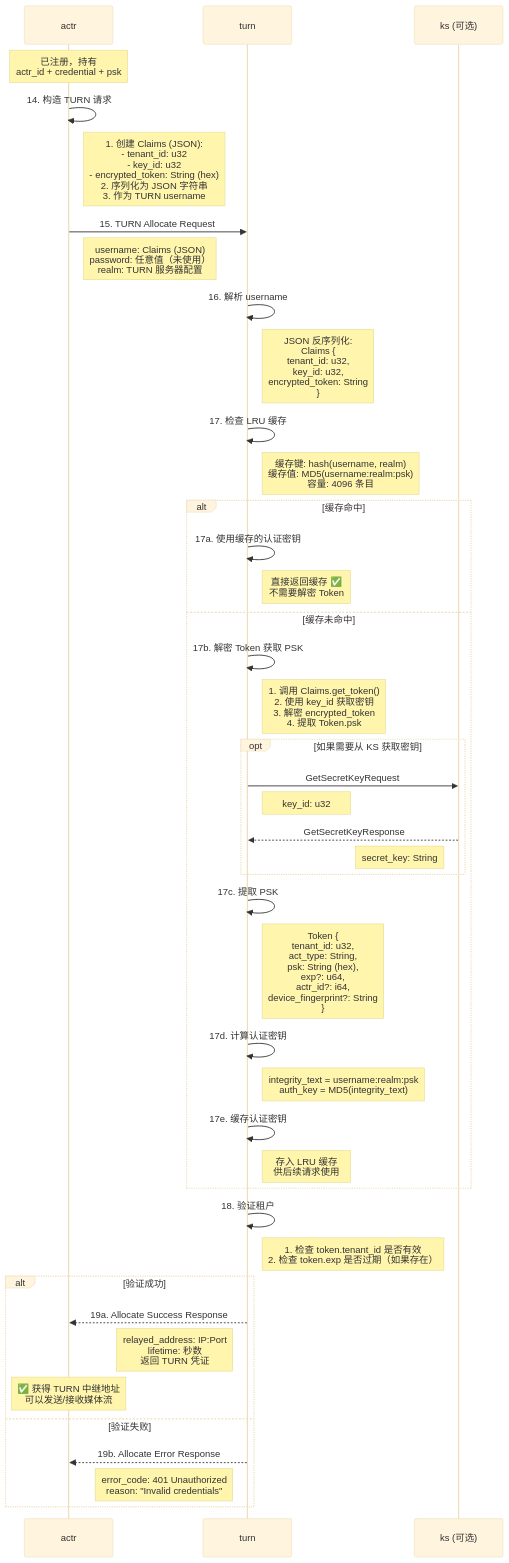
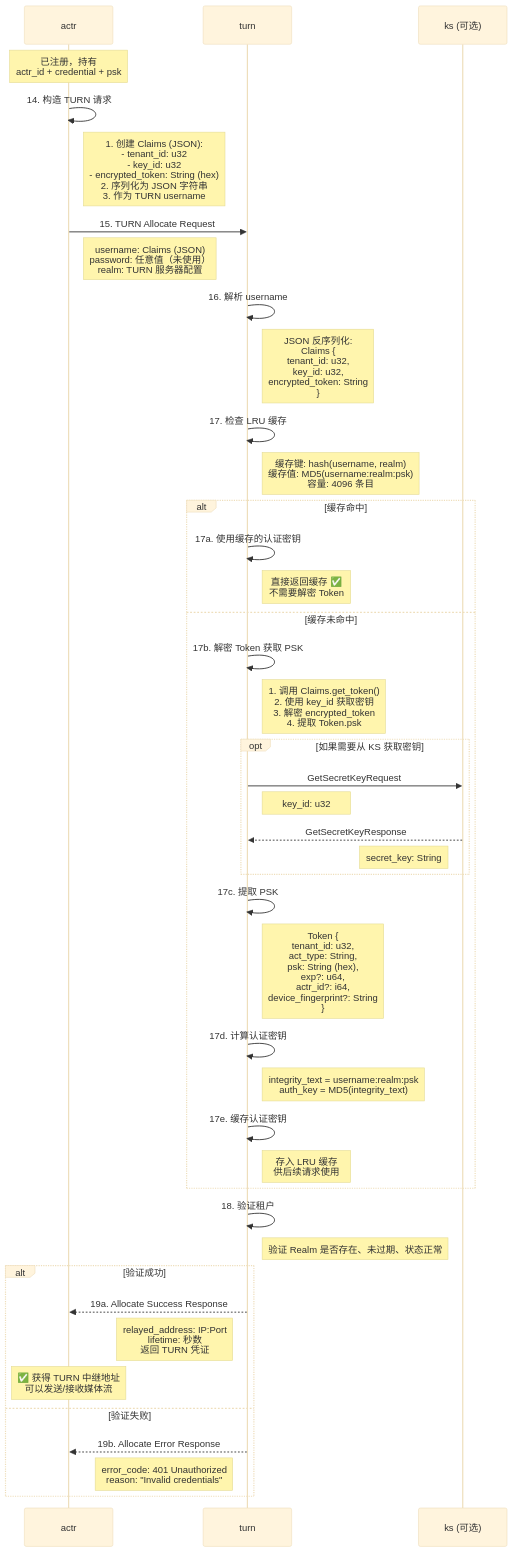
One commit to actor-rtc/actor-rtc.github.io changed the diagram in zh-hans/5.3-turn-authentication.md. Above: the diagram before and after it, drawn with Mermaid (base theme). The commit also changed other lines of this file and 2 other files, not shown here.

Commit message:
fix: realm auth and check

````diff
--- a/zh-hans/5.3-turn-authentication.md
+++ b/zh-hans/5.3-turn-authentication.md
@@ -9,60 +9,60 @@
 ```mermaid
 sequenceDiagram
     participant actr as actr
     participant turn as turn
     participant ks as ks (可选)
 
     Note over actr: 已注册，持有<br/>actr_id + credential + psk
 
     actr->>actr: 14. 构造 TURN 请求
     Note right of actr: 1. 创建 Claims (JSON):<br/>   - tenant_id: u32<br/>   - key_id: u32<br/>   - encrypted_token: String (hex)<br/>2. 序列化为 JSON 字符串<br/>3. 作为 TURN username
 
     actr->>turn: 15. TURN Allocate Request
     Note right of actr: username: Claims (JSON)<br/>password: 任意值（未使用）<br/>realm: TURN 服务器配置
 
     turn->>turn: 16. 解析 username
     Note right of turn: JSON 反序列化:<br/>Claims {<br/>  tenant_id: u32,<br/>  key_id: u32,<br/>  encrypted_token: String<br/>}
 
     turn->>turn: 17. 检查 LRU 缓存
     Note right of turn: 缓存键: hash(username, realm)<br/>缓存值: MD5(username:realm:psk)<br/>容量: 4096 条目
 
     alt 缓存命中
         turn->>turn: 17a. 使用缓存的认证密钥
         Note right of turn: 直接返回缓存 ✅<br/>不需要解密 Token
         
     else 缓存未命中
         turn->>turn: 17b. 解密 Token 获取 PSK
         Note right of turn: 1. 调用 Claims.get_token()<br/>2. 使用 key_id 获取密钥<br/>3. 解密 encrypted_token<br/>4. 提取 Token.psk
 
         opt 如果需要从 KS 获取密钥
             turn->>ks: GetSecretKeyRequest
             Note right of turn: key_id: u32
             
             ks-->>turn: GetSecretKeyResponse
             Note left of ks: secret_key: String
         end
 
         turn->>turn: 17c. 提取 PSK
         Note right of turn: Token {<br/>  tenant_id: u32,<br/>  act_type: String,<br/>  psk: String (hex),<br/>  exp?: u64,<br/>  actr_id?: i64,<br/>  device_fingerprint?: String<br/>}
 
         turn->>turn: 17d. 计算认证密钥
         Note right of turn: integrity_text = username:realm:psk<br/>auth_key = MD5(integrity_text)
 
         turn->>turn: 17e. 缓存认证密钥
         Note right of turn: 存入 LRU 缓存<br/>供后续请求使用
     end
 
     turn->>turn: 18. 验证租户
-    Note right of turn: 1. 检查 token.tenant_id 是否有效<br/>2. 检查 token.exp 是否过期（如果存在）
+    Note right of turn: 验证 Realm 是否存在、未过期、状态正常
 
     alt 验证成功
         turn-->>actr: 19a. Allocate Success Response
         Note left of turn: relayed_address: IP:Port<br/>lifetime: 秒数<br/>返回 TURN 凭证
         
         Note over actr: ✅ 获得 TURN 中继地址<br/>可以发送/接收媒体流
         
     else 验证失败
         turn-->>actr: 19b. Allocate Error Response
         Note left of turn: error_code: 401 Unauthorized<br/>reason: "Invalid credentials"
     end
 ```
````
